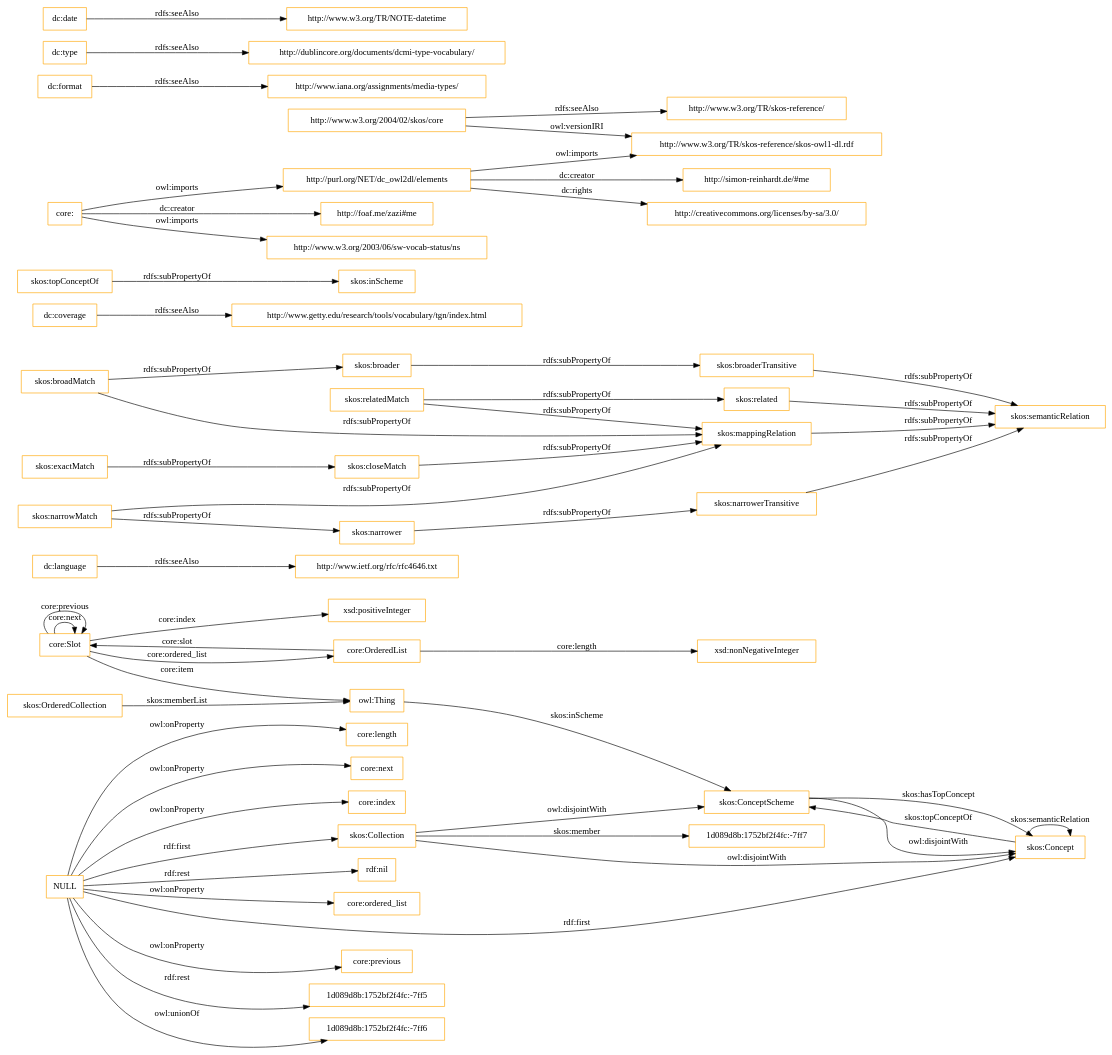
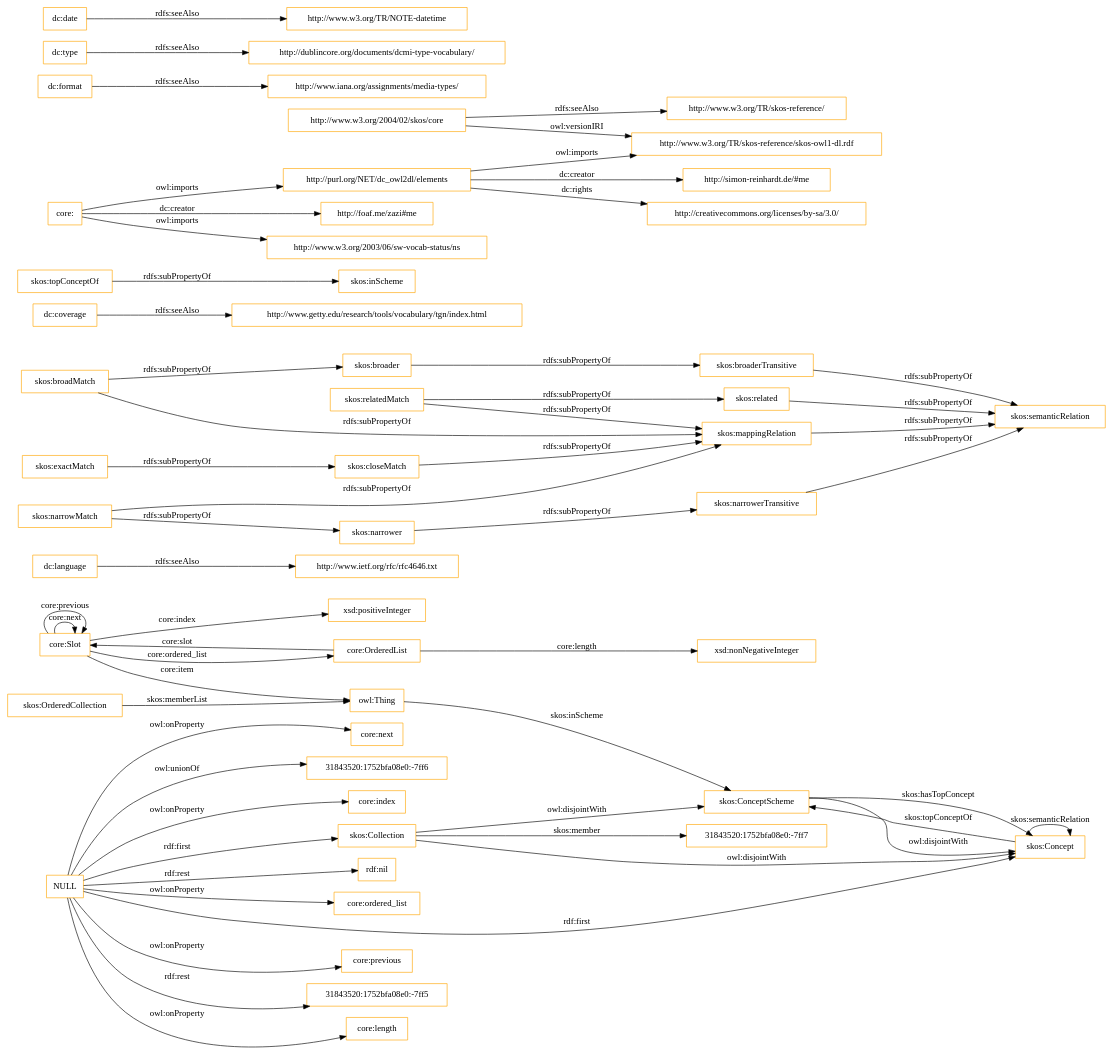
The diagram in OnToology/imports/core.owl/diagrams/ar2dtool-class/core.owl.png.dot (OnToologyUser/core-ontology-1), drawn with Graphviz before and after one commit. The commit also changed 14 other files, not shown here.

```diff
--- a/OnToology/imports/core.owl/diagrams/ar2dtool-class/core.owl.png.dot
+++ b/OnToology/imports/core.owl/diagrams/ar2dtool-class/core.owl.png.dot
@@ -1,60 +1,60 @@
 digraph ar2dtool_diagram { 
 rankdir=LR;
 size="1501"
-node [shape = rectangle, color="orange"]; "core:Slot" "core:OrderedList" "1d089d8b:1752bf2f4fc:-7ff7" "skos:OrderedCollection" "skos:Collection" "skos:ConceptScheme" "skos:Concept" ; /*classes style*/
+node [shape = rectangle, color="orange"]; "core:Slot" "core:OrderedList" "31843520:1752bfa08e0:-7ff7" "skos:OrderedCollection" "skos:Collection" "skos:ConceptScheme" "skos:Concept" ; /*classes style*/
 	"dc:language" -> "http://www.ietf.org/rfc/rfc4646.txt" [ label = "rdfs:seeAlso" ];
 	"NULL" -> "core:previous" [ label = "owl:onProperty" ];
-	"NULL" -> "1d089d8b:1752bf2f4fc:-7ff5" [ label = "rdf:rest" ];
-	"NULL" -> "1d089d8b:1752bf2f4fc:-7ff6" [ label = "owl:unionOf" ];
+	"NULL" -> "31843520:1752bfa08e0:-7ff5" [ label = "rdf:rest" ];
 	"NULL" -> "core:length" [ label = "owl:onProperty" ];
 	"NULL" -> "skos:Concept" [ label = "rdf:first" ];
 	"NULL" -> "core:next" [ label = "owl:onProperty" ];
+	"NULL" -> "31843520:1752bfa08e0:-7ff6" [ label = "owl:unionOf" ];
 	"NULL" -> "core:index" [ label = "owl:onProperty" ];
 	"NULL" -> "rdf:nil" [ label = "rdf:rest" ];
 	"NULL" -> "core:ordered_list" [ label = "owl:onProperty" ];
 	"NULL" -> "skos:Collection" [ label = "rdf:first" ];
 	"skos:closeMatch" -> "skos:mappingRelation" [ label = "rdfs:subPropertyOf" ];
 	"dc:coverage" -> "http://www.getty.edu/research/tools/vocabulary/tgn/index.html" [ label = "rdfs:seeAlso" ];
 	"skos:relatedMatch" -> "skos:related" [ label = "rdfs:subPropertyOf" ];
 	"skos:relatedMatch" -> "skos:mappingRelation" [ label = "rdfs:subPropertyOf" ];
 	"skos:ConceptScheme" -> "skos:Concept" [ label = "owl:disjointWith" ];
 	"skos:related" -> "skos:semanticRelation" [ label = "rdfs:subPropertyOf" ];
 	"skos:topConceptOf" -> "skos:inScheme" [ label = "rdfs:subPropertyOf" ];
 	"skos:broadMatch" -> "skos:broader" [ label = "rdfs:subPropertyOf" ];
 	"skos:broadMatch" -> "skos:mappingRelation" [ label = "rdfs:subPropertyOf" ];
 	"http://purl.org/NET/dc_owl2dl/elements" -> "http://www.w3.org/TR/skos-reference/skos-owl1-dl.rdf" [ label = "owl:imports" ];
 	"http://purl.org/NET/dc_owl2dl/elements" -> "http://creativecommons.org/licenses/by-sa/3.0/" [ label = "dc:rights" ];
 	"http://purl.org/NET/dc_owl2dl/elements" -> "http://simon-reinhardt.de/#me" [ label = "dc:creator" ];
 	"skos:exactMatch" -> "skos:closeMatch" [ label = "rdfs:subPropertyOf" ];
 	"dc:format" -> "http://www.iana.org/assignments/media-types/" [ label = "rdfs:seeAlso" ];
 	"core:" -> "http://foaf.me/zazi#me" [ label = "dc:creator" ];
 	"core:" -> "http://www.w3.org/2003/06/sw-vocab-status/ns" [ label = "owl:imports" ];
 	"core:" -> "http://purl.org/NET/dc_owl2dl/elements" [ label = "owl:imports" ];
 	"skos:broaderTransitive" -> "skos:semanticRelation" [ label = "rdfs:subPropertyOf" ];
 	"skos:mappingRelation" -> "skos:semanticRelation" [ label = "rdfs:subPropertyOf" ];
 	"skos:broader" -> "skos:broaderTransitive" [ label = "rdfs:subPropertyOf" ];
 	"dc:type" -> "http://dublincore.org/documents/dcmi-type-vocabulary/" [ label = "rdfs:seeAlso" ];
 	"http://www.w3.org/2004/02/skos/core" -> "http://www.w3.org/TR/skos-reference/skos-owl1-dl.rdf" [ label = "owl:versionIRI" ];
 	"http://www.w3.org/2004/02/skos/core" -> "http://www.w3.org/TR/skos-reference/" [ label = "rdfs:seeAlso" ];
 	"skos:Collection" -> "skos:ConceptScheme" [ label = "owl:disjointWith" ];
 	"skos:Collection" -> "skos:Concept" [ label = "owl:disjointWith" ];
 	"skos:narrowMatch" -> "skos:narrower" [ label = "rdfs:subPropertyOf" ];
 	"skos:narrowMatch" -> "skos:mappingRelation" [ label = "rdfs:subPropertyOf" ];
 	"skos:narrower" -> "skos:narrowerTransitive" [ label = "rdfs:subPropertyOf" ];
 	"dc:date" -> "http://www.w3.org/TR/NOTE-datetime" [ label = "rdfs:seeAlso" ];
 	"skos:narrowerTransitive" -> "skos:semanticRelation" [ label = "rdfs:subPropertyOf" ];
 	"core:Slot" -> "xsd:positiveInteger" [ label = "core:index" ];
 	"skos:Concept" -> "skos:ConceptScheme" [ label = "skos:topConceptOf" ];
 	"core:Slot" -> "owl:Thing" [ label = "core:item" ];
 	"core:OrderedList" -> "xsd:nonNegativeInteger" [ label = "core:length" ];
 	"core:OrderedList" -> "core:Slot" [ label = "core:slot" ];
-	"skos:Collection" -> "1d089d8b:1752bf2f4fc:-7ff7" [ label = "skos:member" ];
+	"skos:Collection" -> "31843520:1752bfa08e0:-7ff7" [ label = "skos:member" ];
 	"core:Slot" -> "core:Slot" [ label = "core:next" ];
 	"skos:ConceptScheme" -> "skos:Concept" [ label = "skos:hasTopConcept" ];
 	"owl:Thing" -> "skos:ConceptScheme" [ label = "skos:inScheme" ];
 	"core:Slot" -> "core:Slot" [ label = "core:previous" ];
 	"skos:OrderedCollection" -> "owl:Thing" [ label = "skos:memberList" ];
 	"skos:Concept" -> "skos:Concept" [ label = "skos:semanticRelation" ];
 	"core:Slot" -> "core:OrderedList" [ label = "core:ordered_list" ];
 
 }
```
